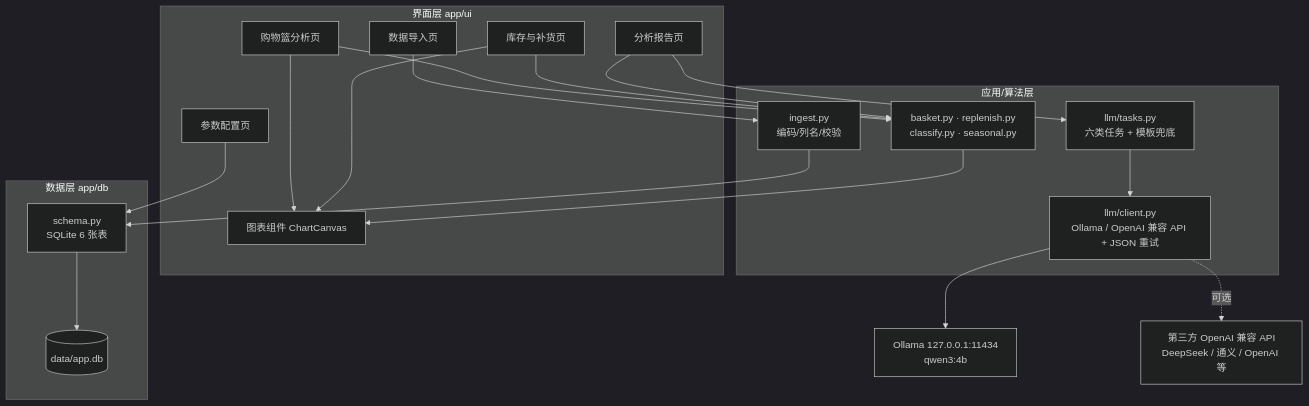
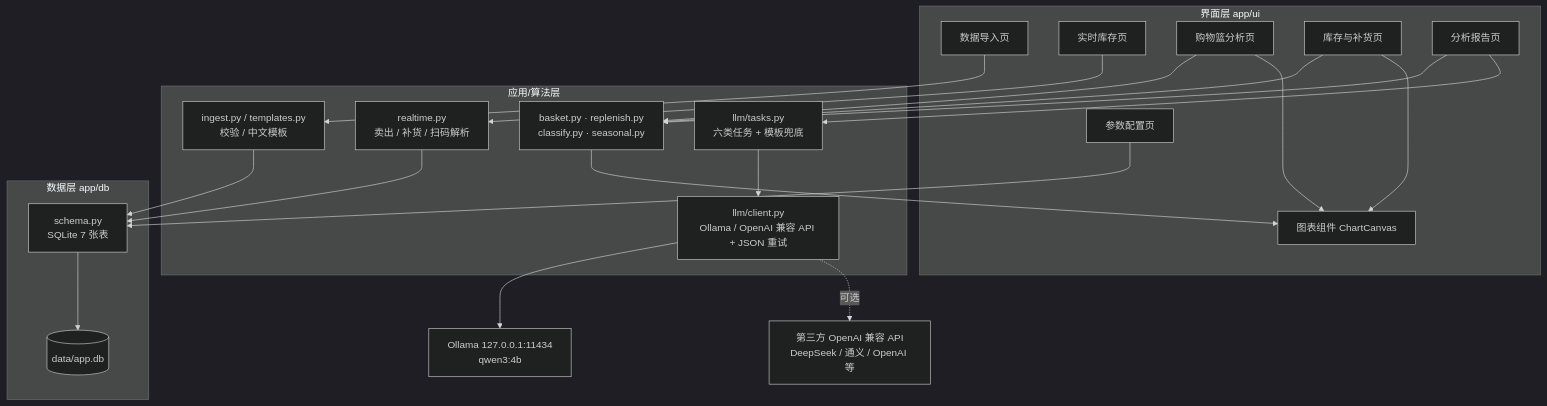
Before and after one commit to SBTstudio/Intelligent_Warehousing: the first of 2 diagrams in docs/概要设计.md, drawn with Mermaid (dark theme). The commit also changed other lines of this file and 25 other files, not shown here.

````diff
--- a/docs/概要设计.md
+++ b/docs/概要设计.md
@@ -14,39 +14,42 @@
 ```mermaid
 flowchart TB
     subgraph UI["界面层 app/ui"]
         Import["数据导入页"]
+        Realtime["实时库存页"]
         Basket["购物篮分析页"]
         Replenish["库存与补货页"]
         Report["分析报告页"]
         Settings["参数配置页"]
         Charts["图表组件 ChartCanvas"]
     end
 
     subgraph App["应用/算法层"]
-        Ingest["ingest.py<br/>编码/列名/校验"]
+        Ingest["ingest.py / templates.py<br/>校验 / 中文模板"]
+        RealtimeCore["realtime.py<br/>卖出 / 补货 / 扫码解析"]
         Core["basket.py · replenish.py<br/>classify.py · seasonal.py"]
         Tasks["llm/tasks.py<br/>六类任务 + 模板兜底"]
         Client["llm/client.py<br/>Ollama / OpenAI 兼容 API + JSON 重试"]
     end
 
     subgraph Data["数据层 app/db"]
-        Schema["schema.py<br/>SQLite 6 张表"]
+        Schema["schema.py<br/>SQLite 7 张表"]
         DB[(data/app.db)]
     end
 
     Ollama["Ollama 127.0.0.1:11434<br/>qwen3:4b"]
     ThirdAPI["第三方 OpenAI 兼容 API<br/>DeepSeek / 通义 / OpenAI 等"]
 
     Import --> Ingest --> Schema
+    Realtime --> RealtimeCore --> Schema
     Basket --> Core
     Replenish --> Core
     Report --> Core
     Report --> Tasks --> Client
     Client --> Ollama
     Client -. 可选 .-> ThirdAPI
     Settings --> Schema
     Schema --> DB
     Core --> Charts
     Basket --> Charts
     Replenish --> Charts
 ```
````
